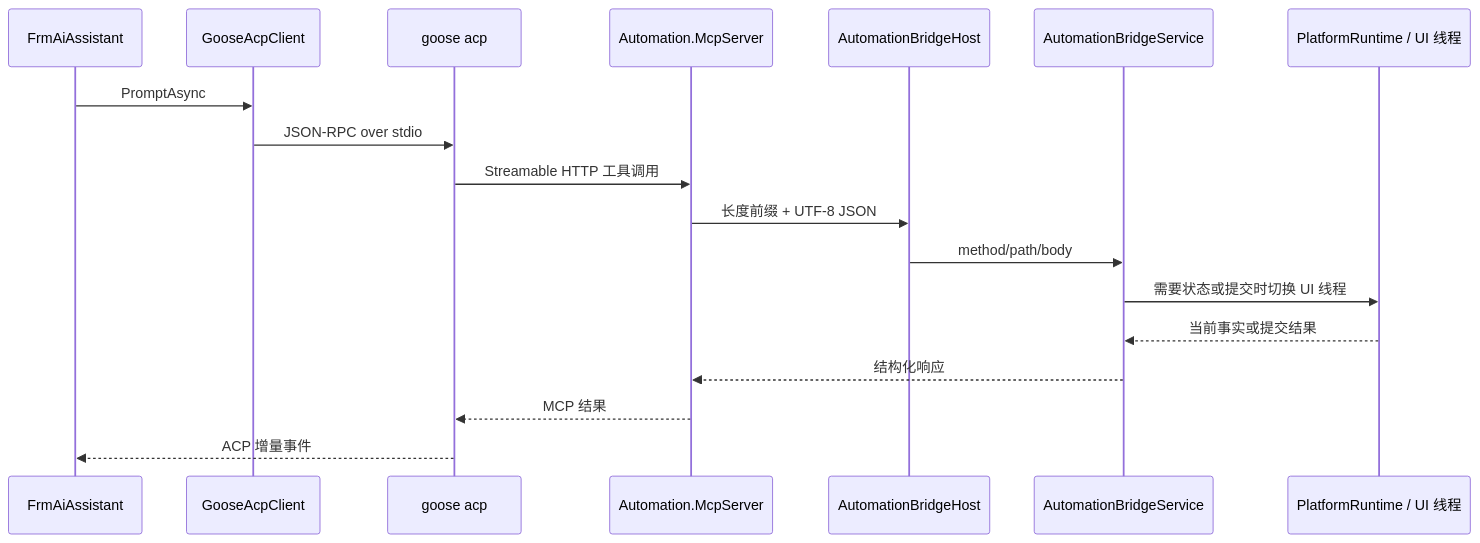
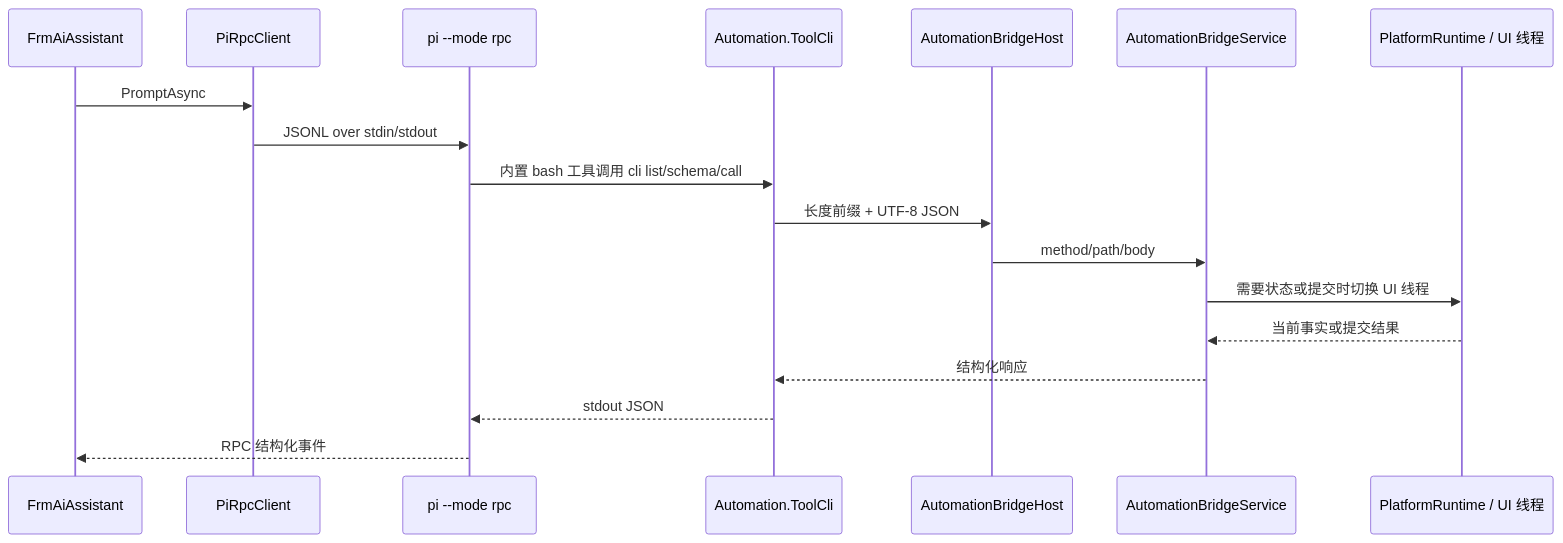
One commit to zeastwin/Automation changed the first of 2 diagrams in Docs/Architecture/05-AI与Bridge.md. Above: the diagram before and after it, drawn with Mermaid. The commit also changed other lines of this file and 73 other files, not shown here.

````diff
--- a/Docs/Architecture/05-AI与Bridge.md
+++ b/Docs/Architecture/05-AI与Bridge.md
@@ -5,21 +5,21 @@
 ```mermaid
 sequenceDiagram
     participant UI as FrmAiAssistant
-    participant ACP as GooseAcpClient
-    participant Goose as goose acp
-    participant MCP as Automation.McpServer
+    participant RPC as PiRpcClient
+    participant Pi as pi --mode rpc
+    participant CLI as Automation.ToolCli
     participant Pipe as AutomationBridgeHost
     participant Bridge as AutomationBridgeService
     participant Runtime as PlatformRuntime / UI 线程
 
-    UI->>ACP: PromptAsync
-    ACP->>Goose: JSON-RPC over stdio
-    Goose->>MCP: Streamable HTTP 工具调用
-    MCP->>Pipe: 长度前缀 + UTF-8 JSON
+    UI->>RPC: PromptAsync
+    RPC->>Pi: JSONL over stdin/stdout
+    Pi->>CLI: 内置 bash 工具调用 cli list/schema/call
+    CLI->>Pipe: 长度前缀 + UTF-8 JSON
     Pipe->>Bridge: method/path/body
     Bridge->>Runtime: 需要状态或提交时切换 UI 线程
     Runtime-->>Bridge: 当前事实或提交结果
-    Bridge-->>MCP: 结构化响应
-    MCP-->>Goose: MCP 结果
-    Goose-->>UI: ACP 增量事件
+    Bridge-->>CLI: 结构化响应
+    CLI-->>Pi: stdout JSON
+    Pi-->>UI: RPC 结构化事件
 ```
````
